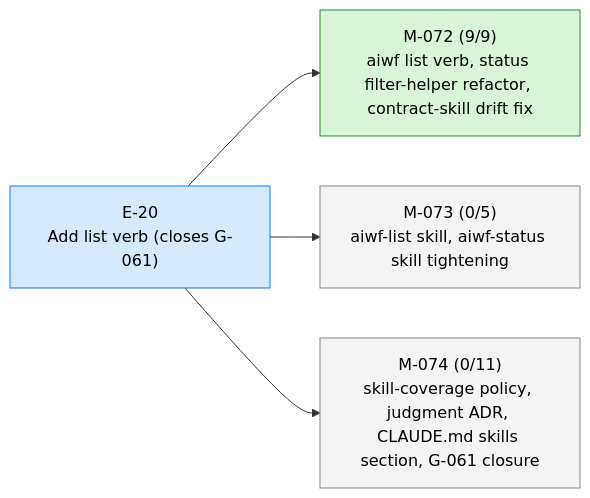
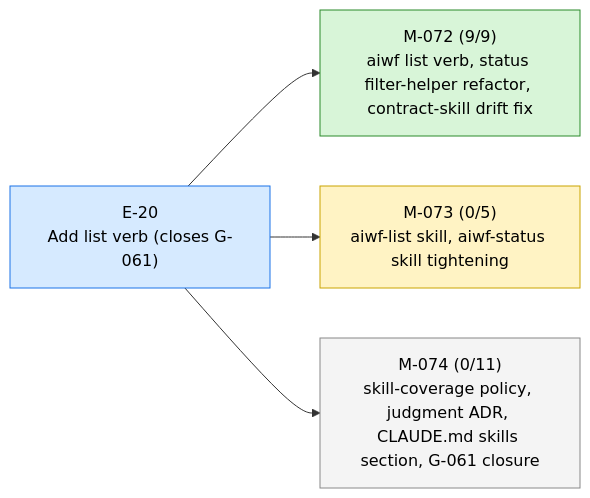
One commit to 23min/aiwf changed the first of 2 diagrams in STATUS.md. Above: the diagram before and after it, drawn with Mermaid. The commit also changed other lines of this file and 1 other file, not shown here.

First line of the commit message:
aiwf promote M-073 draft -> in_progress

````diff
--- a/STATUS.md
+++ b/STATUS.md
@@ -13,16 +13,16 @@
 ```mermaid
 flowchart LR
   E_20["E-20<br/>Add list verb (closes G-061)"]:::epic_active
   M_072["M-072 (9/9)<br/>aiwf list verb, status filter-helper refactor, contract-skill drift fix"]:::ms_done
   E_20 --> M_072
-  M_073["M-073 (0/5)<br/>aiwf-list skill, aiwf-status skill tightening"]:::ms_draft
+  M_073["M-073 (0/5)<br/>aiwf-list skill, aiwf-status skill tightening"]:::ms_in_progress
   E_20 --> M_073
   M_074["M-074 (0/11)<br/>skill-coverage policy, judgment ADR, CLAUDE.md skills section, G-061 closure"]:::ms_draft
   E_20 --> M_074
   classDef epic_active fill:#d6eaff,stroke:#1a73e8,color:#000
   classDef epic_proposed fill:#f4f4f4,stroke:#888,color:#000
   classDef ms_done fill:#d8f5d8,stroke:#2a8a2a,color:#000
   classDef ms_in_progress fill:#fff3c4,stroke:#caa400,color:#000
   classDef ms_draft fill:#f4f4f4,stroke:#888,color:#000
   classDef ms_cancelled fill:#fbeaea,stroke:#c33,color:#000
 ```
````
